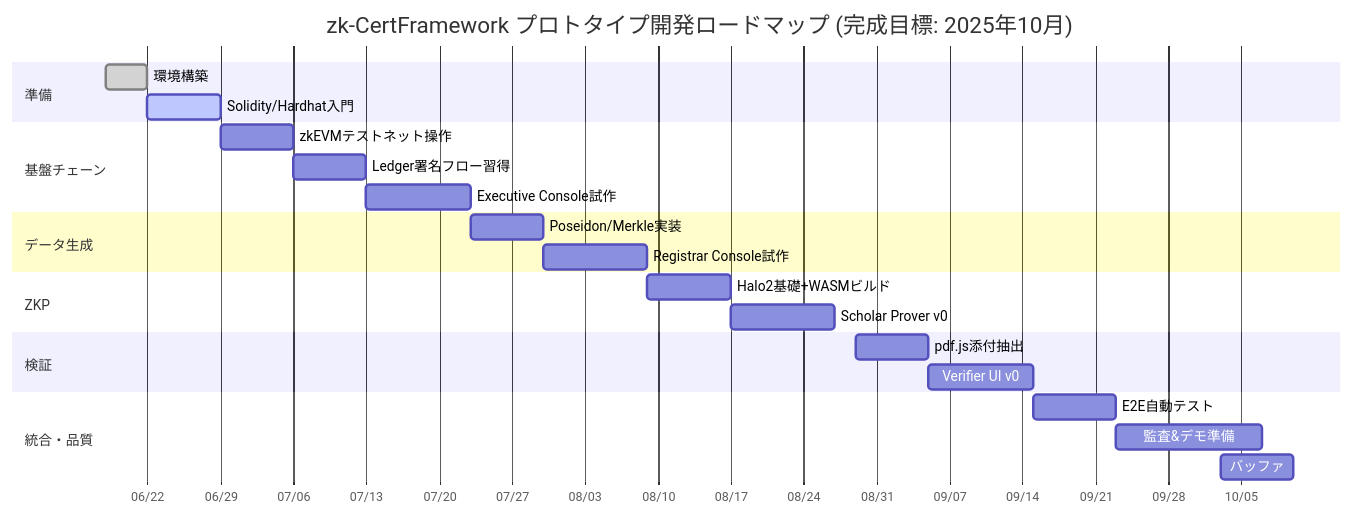
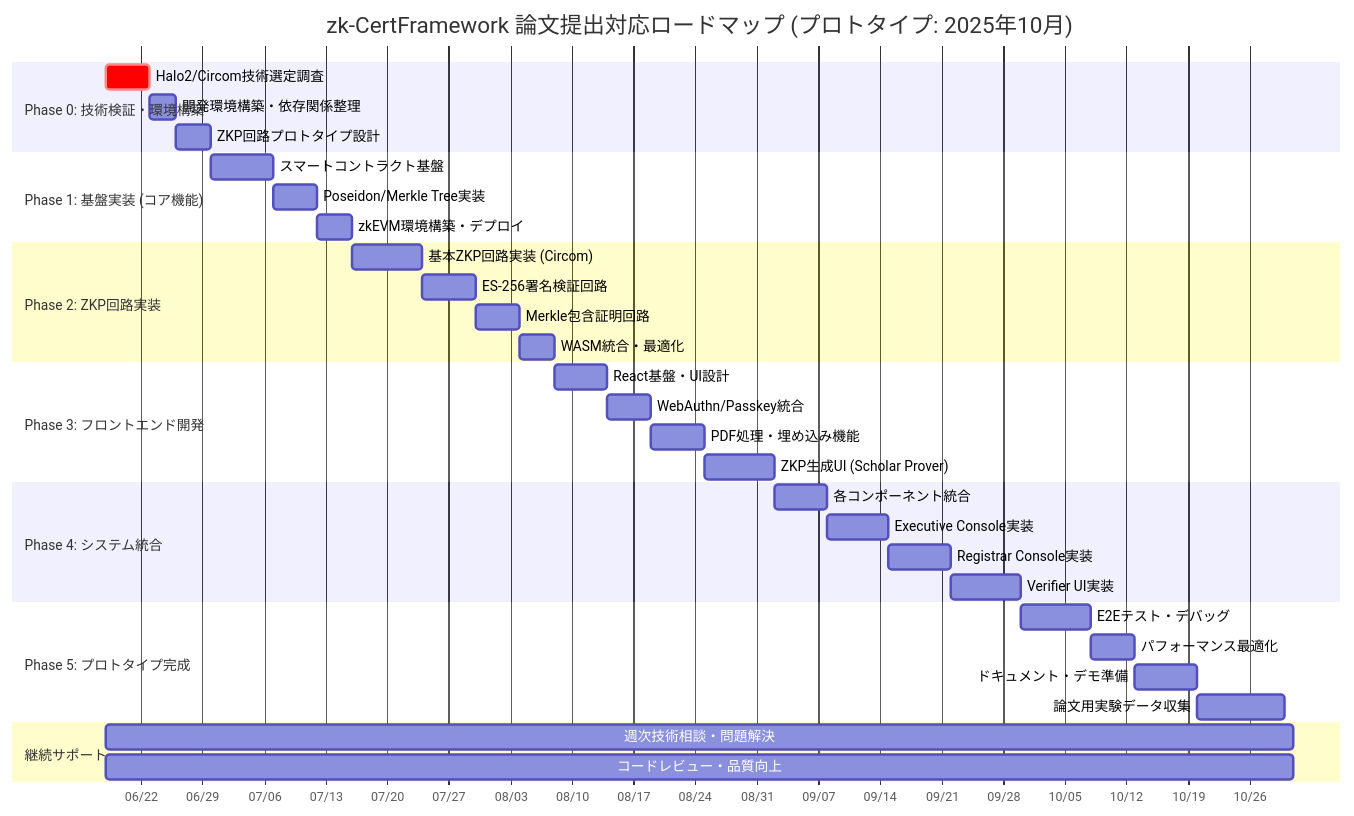
The diagram in documents/roadmap.mmd (Blank-Vulture/Tri-CertFramework), drawn with Mermaid before and after one commit. The commit also changed 1 other file, not shown here.

Commit message:
Update roadmap to reflect new phases and tasks for zk-CertFramework prototype development, including detailed sections for technical validation, core implementation, ZKP circuit implementation, frontend development, system integration, and ongoing support.

```diff
--- a/documents/roadmap.mmd
+++ b/documents/roadmap.mmd
@@ -1,30 +1,42 @@
 gantt
-    title zk-CertFramework プロトタイプ開発ロードマップ (完成目標: 2025年10月)
+    title zk-CertFramework 論文提出対応ロードマップ (プロトタイプ: 2025年10月)
     dateFormat  YYYY-MM-DD
     axisFormat  %m/%d
 
-    section 準備
-    環境構築                  :done,   prep, 2025-06-18, 4d
-    Solidity/Hardhat入門      :active, sol,  after prep, 7d
+    section Phase 0: 技術検証・環境構築
+    Halo2/Circom技術選定調査      :crit, research, 2025-06-18, 5d
+    開発環境構築・依存関係整理     :setup, after research, 3d
+    ZKP回路プロトタイプ設計       :circuit_design, after setup, 4d
 
-    section 基盤チェーン
-    zkEVMテストネット操作      :chain, 2025-06-29, 7d
-    Ledger署名フロー習得       :ledger, after chain, 7d
-    Executive Console試作      :execUI, after ledger, 10d
+    section Phase 1: 基盤実装 (コア機能)
+    スマートコントラクト基盤      :contract, 2025-06-30, 7d
+    Poseidon/Merkle Tree実装     :merkle, after contract, 5d
+    zkEVM環境構築・デプロイ      :zkevm, after merkle, 4d
 
-    section データ生成
-    Poseidon/Merkle実装        :merkle, 2025-07-23, 7d
-    Registrar Console試作      :regUI, after merkle, 10d
+    section Phase 2: ZKP回路実装
+    基本ZKP回路実装 (Circom)     :zkp_basic, 2025-07-16, 8d
+    ES-256署名検証回路          :sig_circuit, after zkp_basic, 6d
+    Merkle包含証明回路          :merkle_circuit, after sig_circuit, 5d
+    WASM統合・最適化            :wasm_opt, after merkle_circuit, 4d
 
-    section ZKP
-    Halo2基礎+WASMビルド       :halo, 2025-08-09, 8d
-    Scholar Prover v0          :prover, after halo, 10d
+    section Phase 3: フロントエンド開発
+    React基盤・UI設計           :react_base, 2025-08-08, 6d
+    WebAuthn/Passkey統合        :webauthn, after react_base, 5d
+    PDF処理・埋め込み機能       :pdf_func, after webauthn, 6d
+    ZKP生成UI (Scholar Prover)  :scholar_ui, after pdf_func, 8d
 
-    section 検証
-    pdf.js添付抽出             :pdf, 2025-08-29, 7d
-    Verifier UI v0             :verif, after pdf, 10d
+    section Phase 4: システム統合
+    各コンポーネント統合        :integration, 2025-09-02, 6d
+    Executive Console実装       :executive, after integration, 7d
+    Registrar Console実装       :registrar, after executive, 7d
+    Verifier UI実装            :verifier, after registrar, 8d
 
-    section 統合・品質
-    E2E自動テスト              :test, 2025-09-15, 8d
-    監査&デモ準備              :audit, after test, 14d
-    バッファ                    :buffer, 2025-10-03, 2025-10-10
+    section Phase 5: プロトタイプ完成
+    E2Eテスト・デバッグ         :testing, 2025-09-30, 8d
+    パフォーマンス最適化        :optimization, after testing, 5d
+    ドキュメント・デモ準備      :demo_prep, after optimization, 7d
+    論文用実験データ収集        :experiment, after demo_prep, 10d
+
+    section 継続サポート
+    週次技術相談・問題解決      :support, 2025-06-18, 2025-10-31
+    コードレビュー・品質向上    :review, 2025-06-18, 2025-10-31
```
